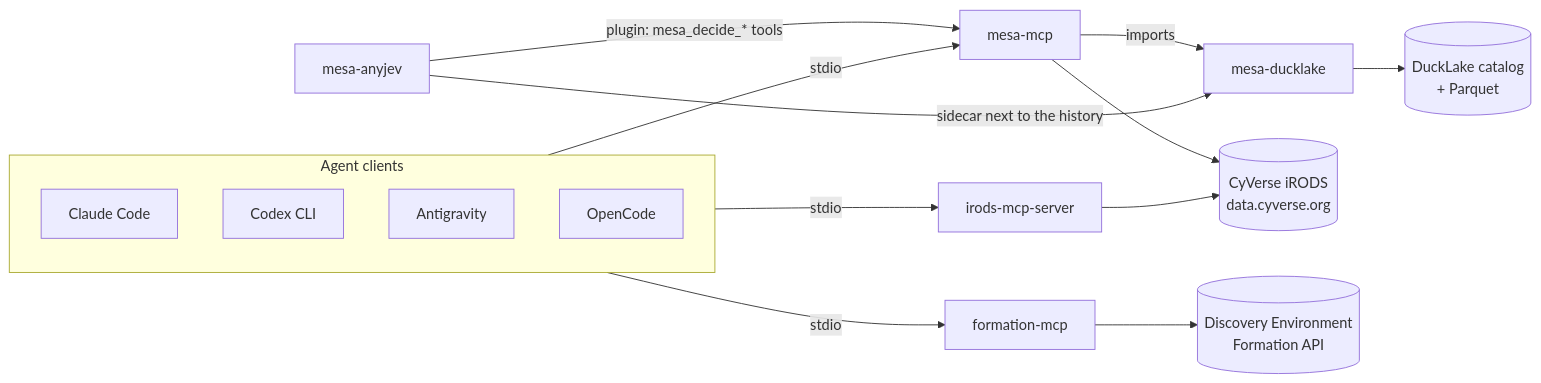
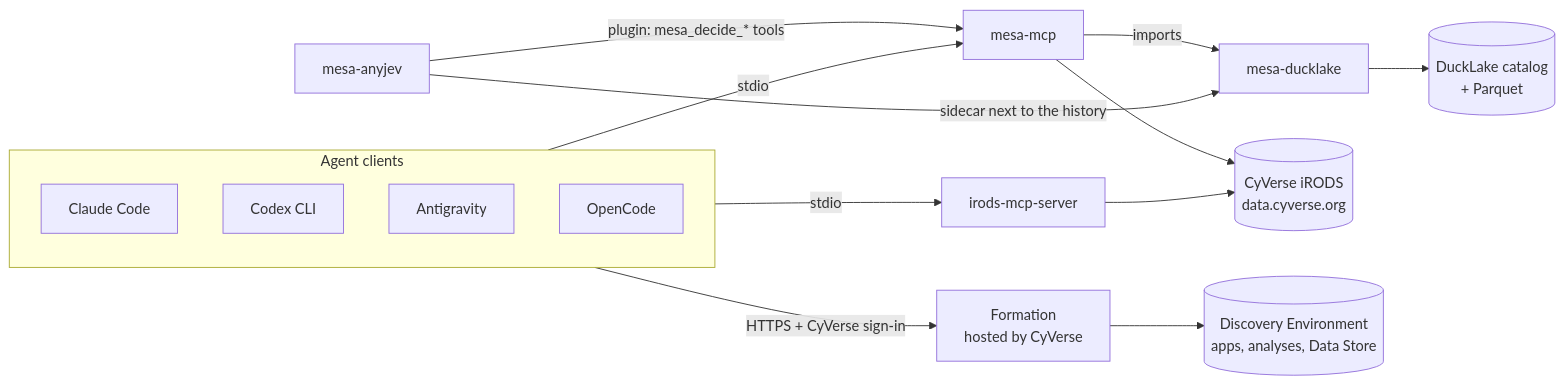
One commit to idss-mesa/docs changed the diagram in docs/index.md. Above: the diagram before and after it, drawn with Mermaid. The commit also changed other lines of this file and 27 other files, not shown here.

First line of the commit message:
Document CyVerse's hosted Formation MCP server and claude.ai connector

````diff
--- a/docs/index.md
+++ b/docs/index.md
@@ -92,19 +96,19 @@
 ```mermaid
 graph LR
   subgraph clients [Agent clients]
     CC[Claude Code]
     CX[Codex CLI]
     AG[Antigravity]
     OC[OpenCode]
   end
   clients -->|stdio| M[mesa-mcp]
   clients -->|stdio| I[irods-mcp-server]
-  clients -->|stdio| F[formation-mcp]
+  clients -->|HTTPS + CyVerse sign-in| F[Formation<br/>hosted by CyVerse]
   M -->|imports| D[mesa-ducklake]
   A[mesa-anyjev] -->|plugin: mesa_decide_* tools| M
   A -->|sidecar next to the history| D
   M --> IR[(CyVerse iRODS<br/>data.cyverse.org)]
   I --> IR
-  F --> DE[(Discovery Environment<br/>Formation API)]
+  F --> DE[(Discovery Environment<br/>apps, analyses, Data Store)]
   D --> PQ[(DuckLake catalog<br/>+ Parquet)]
 ```
````
